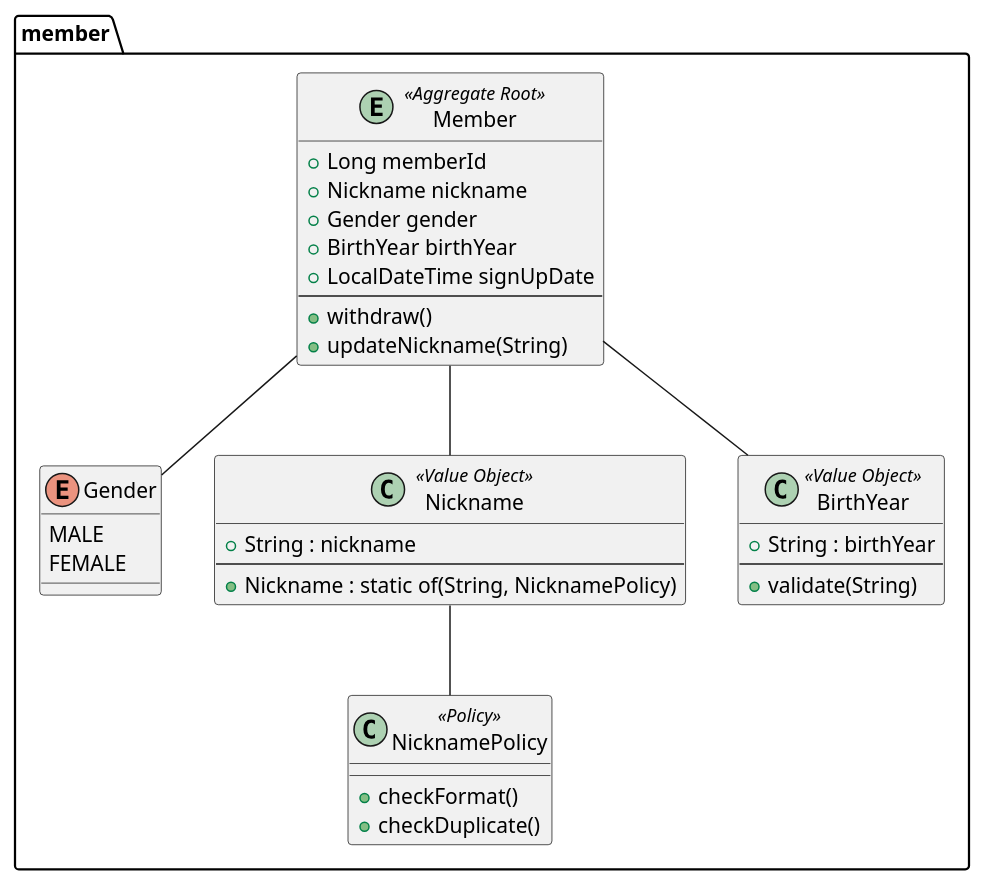
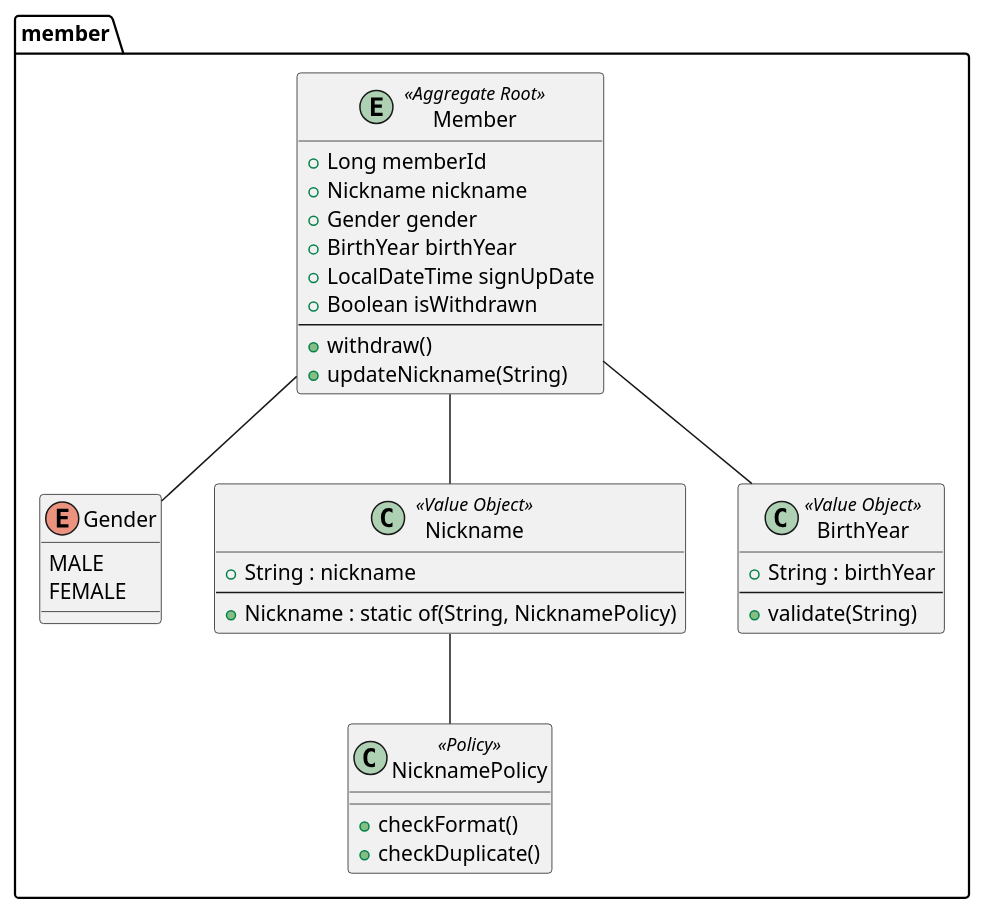
The diagram in document/puml/domain/membercontext/memberAggregate.puml (SimpleBoardTeam/simpleBoard-server), drawn with PlantUML before and after one commit. The commit also changed 1 other file, not shown here.

Commit message:
docs(diagram): isWithdrawn 추가 - soft delete 를 위한 isWithdrawn 추가

```diff
--- a/document/puml/domain/membercontext/memberAggregate.puml
+++ b/document/puml/domain/membercontext/memberAggregate.puml
@@ -1,40 +1,41 @@
 @startuml
 package "member" {
   entity Member <<Aggregate Root>> {
     +Long memberId
     +Nickname nickname
     +Gender gender
     +BirthYear birthYear
     +LocalDateTime signUpDate
+    +Boolean isWithdrawn
     --
     +withdraw()
     +updateNickname(String)
 }
 
 enum Gender {
     MALE
     FEMALE
 }
 
 class Nickname <<Value Object>> {
     +String : nickname
     --
     +Nickname : static of(String, NicknamePolicy)
 }
 
 class NicknamePolicy <<Policy>> {
   + checkFormat()
   + checkDuplicate()
 }
 class BirthYear <<Value Object>> {
     +String : birthYear
     --
     +validate(String)
 }
 
 Member -- Gender
 Member -- Nickname
 Member -- BirthYear
 Nickname -- NicknamePolicy
 }
 @enduml
```
